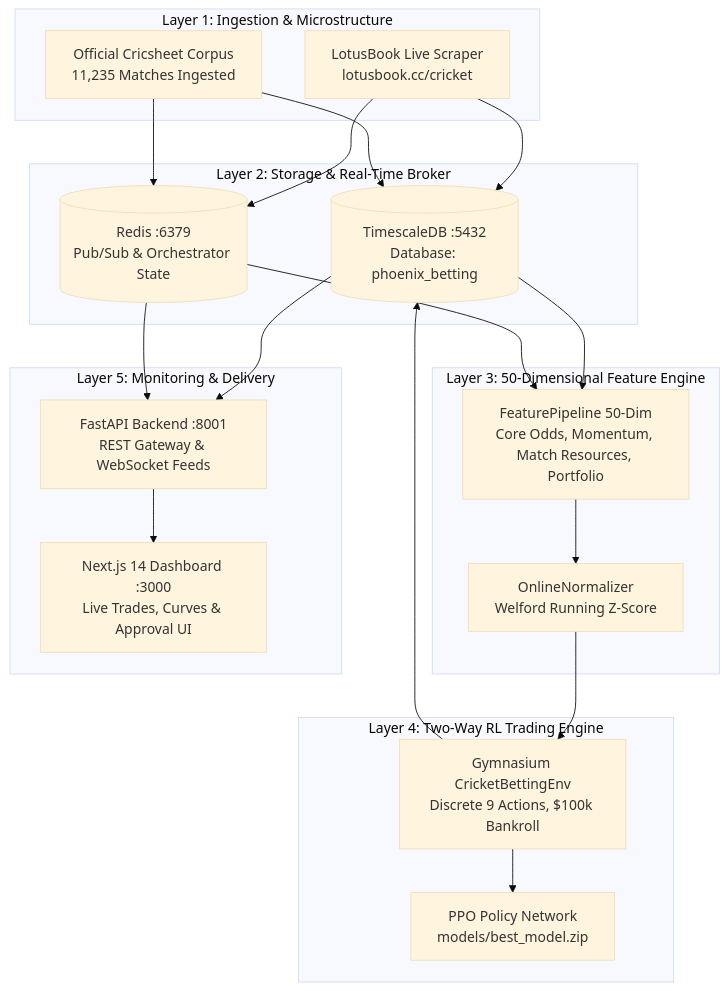
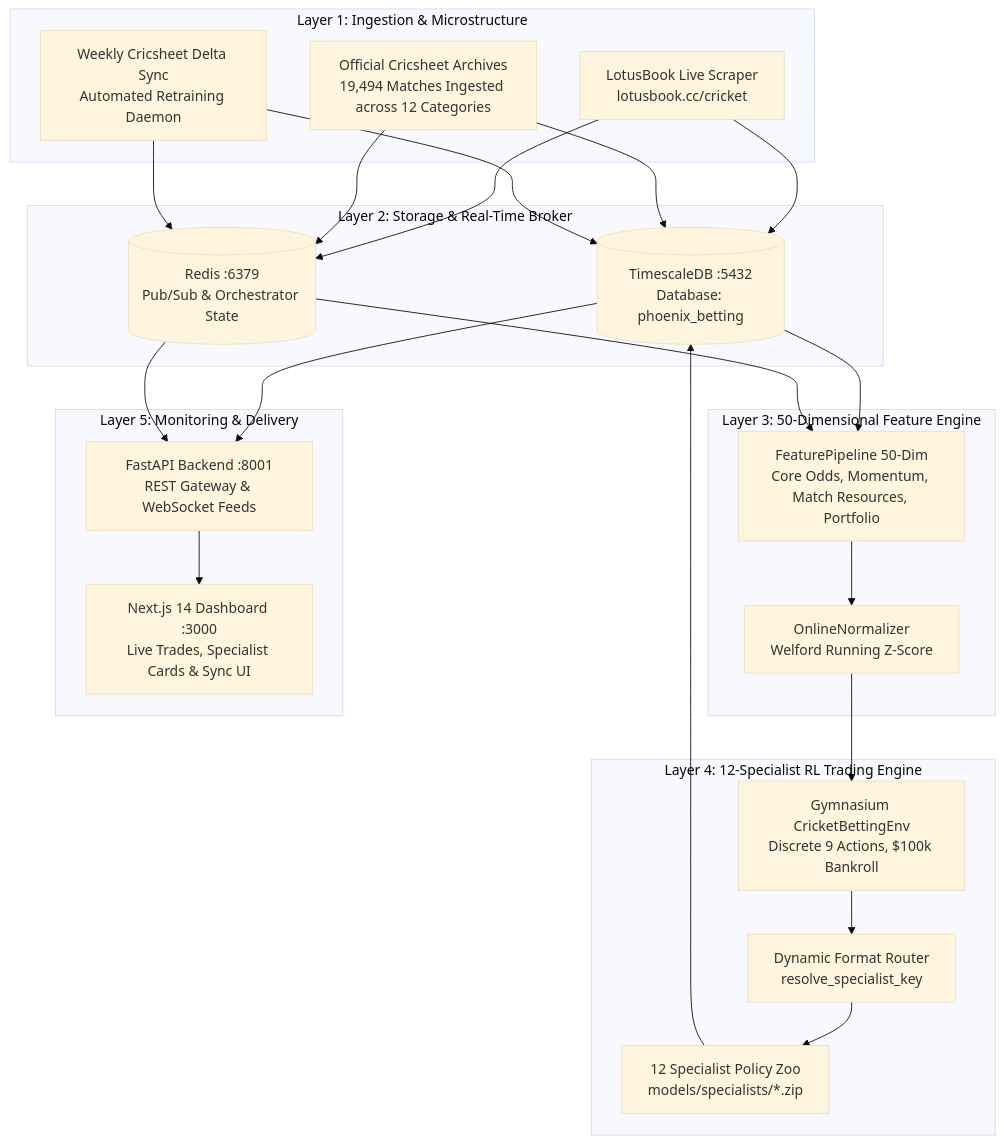
One commit to sohabena/prediction-claude changed the diagram in README.md. Above: the diagram before and after it, drawn with Mermaid (base theme). The commit also changed other lines of this file and 22 other files, not shown here.

Commit message:
docs: forensic synchronization of architecture, rules, guides, and workflows with 12-specialist strategy

````diff
--- a/README.md
+++ b/README.md
@@ -25,32 +52,35 @@
 ```mermaid
 graph TB
     subgraph "Layer 1: Ingestion & Microstructure"
         A[LotusBook Live Scraper<br/>lotusbook.cc/cricket]
-        B[Official Cricsheet Corpus<br/>11,235 Matches Ingested]
+        B[Official Cricsheet Archives<br/>19,494 Matches Ingested across 12 Categories]
+        C[Weekly Cricsheet Delta Sync<br/>Automated Retraining Daemon]
     end
 
     subgraph "Layer 2: Storage & Real-Time Broker"
-        C[(TimescaleDB :5432<br/>Database: phoenix_betting)]
-        D[(Redis :6379<br/>Pub/Sub & Orchestrator State)]
+        D[(TimescaleDB :5432<br/>Database: phoenix_betting)]
+        E[(Redis :6379<br/>Pub/Sub & Orchestrator State)]
     end
 
     subgraph "Layer 3: 50-Dimensional Feature Engine"
-        E[FeaturePipeline 50-Dim<br/>Core Odds, Momentum, Match Resources, Portfolio]
-        F[OnlineNormalizer<br/>Welford Running Z-Score]
+        F[FeaturePipeline 50-Dim<br/>Core Odds, Momentum, Match Resources, Portfolio]
+        G[OnlineNormalizer<br/>Welford Running Z-Score]
     end
 
-    subgraph "Layer 4: Two-Way RL Trading Engine"
-        G[Gymnasium CricketBettingEnv<br/>Discrete 9 Actions, $100k Bankroll]
-        H[PPO Policy Network<br/>models/best_model.zip]
+    subgraph "Layer 4: 12-Specialist RL Trading Engine"
+        H[Gymnasium CricketBettingEnv<br/>Discrete 9 Actions, $100k Bankroll]
+        I[Dynamic Format Router<br/>resolve_specialist_key]
+        J[12 Specialist Policy Zoo<br/>models/specialists/*.zip]
     end
 
     subgraph "Layer 5: Monitoring & Delivery"
-        I[FastAPI Backend :8001<br/>REST Gateway & WebSocket Feeds]
-        J[Next.js 14 Dashboard :3000<br/>Live Trades, Curves & Approval UI]
+        K[FastAPI Backend :8001<br/>REST Gateway & WebSocket Feeds]
+        L[Next.js 14 Dashboard :3000<br/>Live Trades, Specialist Cards & Sync UI]
     end
 
-    A & B --> C & D
-    C & D --> E --> F --> G --> H
-    G --> C
-    C & D --> I --> J
+    A & B & C --> D & E
+    D & E --> F --> G --> H
+    H --> I --> J
+    J --> D
+    D & E --> K --> L
 ```
````
